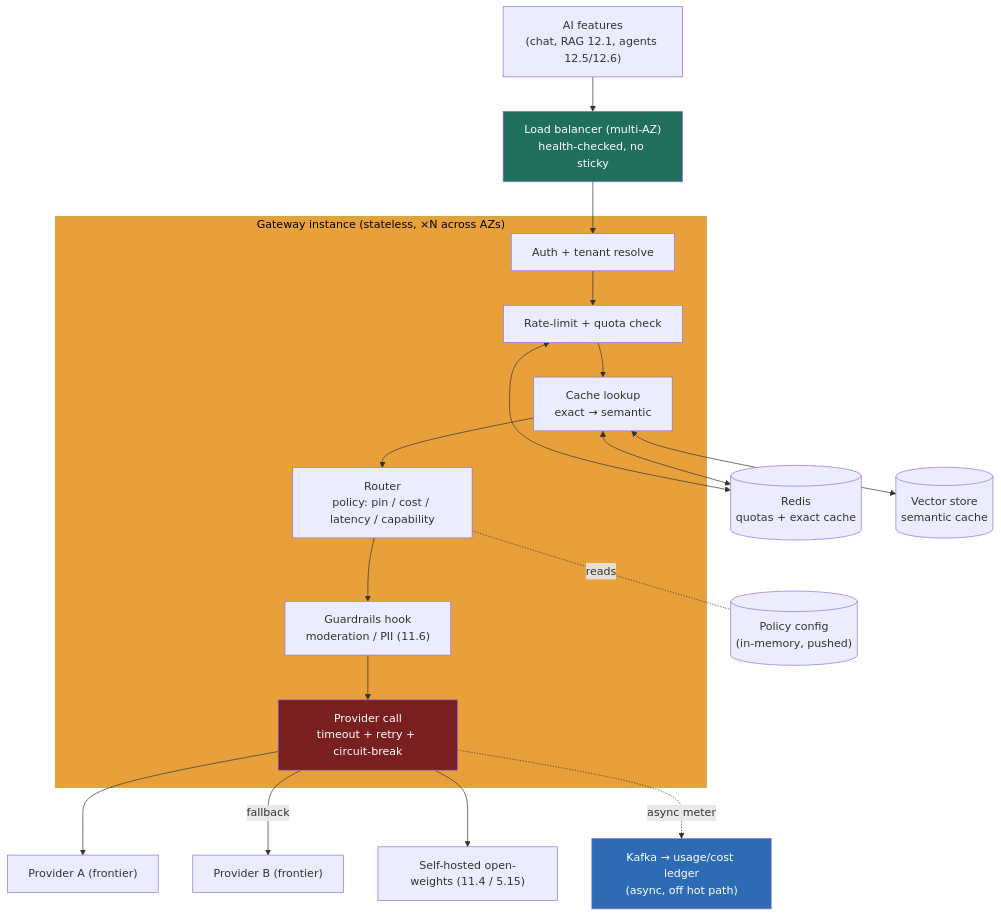
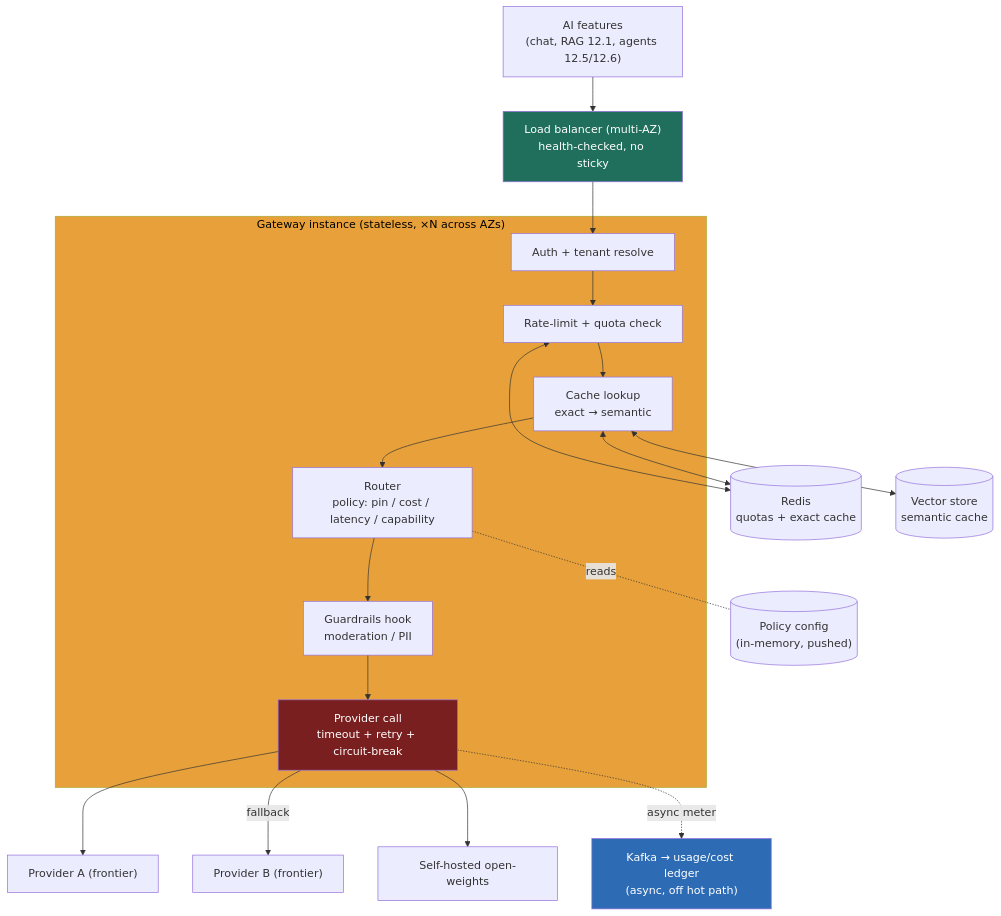
One commit to hkrathore/sysdesign-course changed the diagram in src/content/docs/module-12/lesson-12-3.md. Above: the diagram before and after it, drawn with Mermaid. The commit also changed other lines of this file and 146 other files, not shown here.

````diff
--- a/src/content/docs/module-12/lesson-12-3.md
+++ b/src/content/docs/module-12/lesson-12-3.md
@@ -121,35 +121,35 @@
 ```mermaid
 flowchart TB
     CALLER["AI features<br/>(chat, RAG 12.1, agents 12.5/12.6)"]
     LB["Load balancer (multi-AZ)<br/>health-checked, no sticky"]
     subgraph GW["Gateway instance (stateless, ×N across AZs)"]
         AUTH["Auth + tenant resolve"]
         RL["Rate-limit + quota check"]
         CACHE["Cache lookup<br/>exact → semantic"]
         ROUTE["Router<br/>policy: pin / cost / latency / capability"]
         CALL["Provider call<br/>timeout + retry + circuit-break"]
-        GUARD["Guardrails hook<br/>moderation / PII (11.6)"]
+        GUARD["Guardrails hook<br/>moderation / PII"]
     end
     RC[("Redis<br/>quotas + exact cache")]
     VS[("Vector store<br/>semantic cache")]
     P1["Provider A (frontier)"]
     P2["Provider B (frontier)"]
-    P3["Self-hosted open-weights (11.4 / 5.15)"]
+    P3["Self-hosted open-weights"]
     BUS["Kafka → usage/cost ledger<br/>(async, off hot path)"]
     CFG[("Policy config<br/>(in-memory, pushed)")]
 
     CALLER --> LB --> AUTH --> RL --> CACHE --> ROUTE --> GUARD --> CALL
     RL <--> RC
     CACHE <--> RC
     CACHE <--> VS
     ROUTE -.reads.- CFG
     CALL --> P1
     CALL -->|fallback| P2
     CALL --> P3
     CALL -.async meter.-> BUS
 
     style GW fill:#e8a13a,color:#000
     style CALL fill:#7a1f1f,color:#fff
     style LB fill:#1f6f5c,color:#fff
     style BUS fill:#2d6cb5,color:#fff
 ```
````
